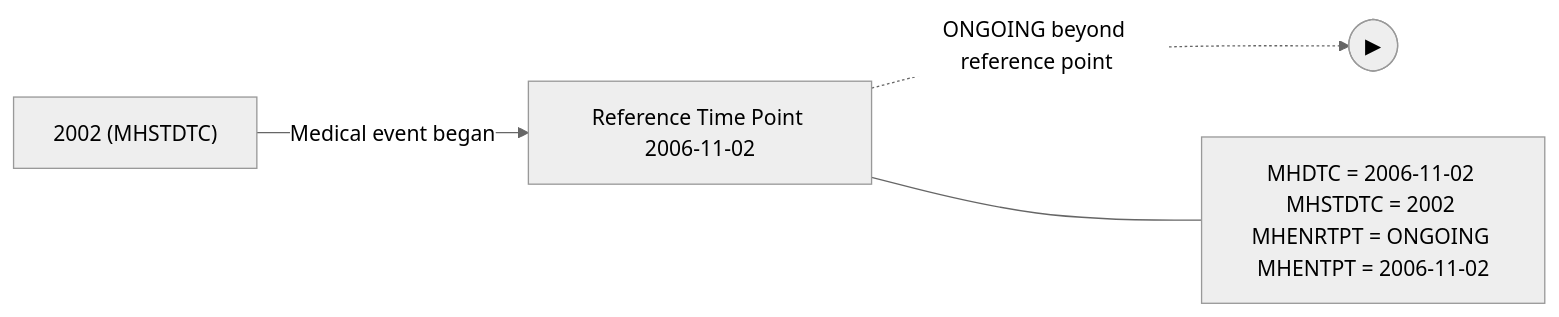
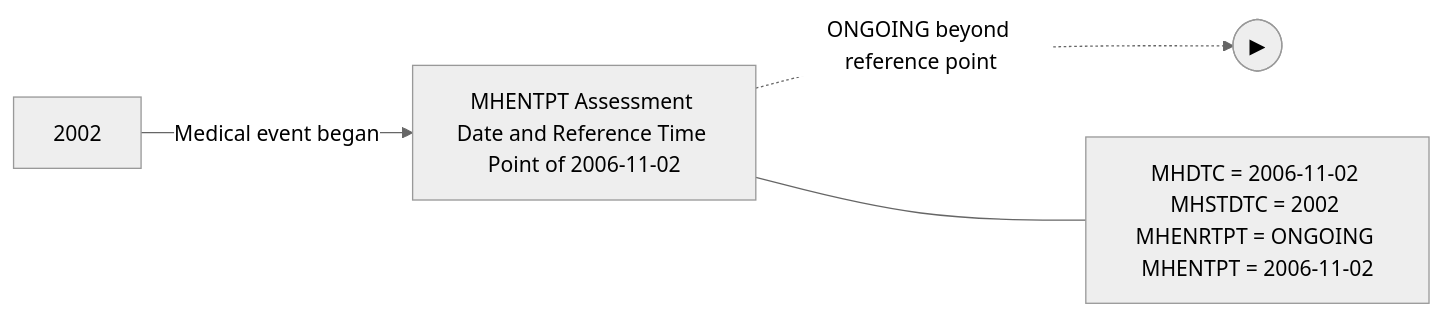
One commit to hakupao/sdtm-pedia changed the second of 4 diagrams in knowledge_base/chapters/ch04_general_assumptions.md. Above: the diagram before and after it, drawn with Mermaid (neutral theme). The commit also changed other lines of this file and 12 other files, not shown here.

First line of the commit message:
fix(kb): Tier B scan batch S-CH4 — ch04 full scan p22-59 (KB-made labels/columns/headers removed, figure titles + Mermaid per PDF, list levels, O19 appendix dedup; 23 C3 tables cell-checked) vs SDTMIG v3.4 (PASS; local)

````diff
--- a/knowledge_base/chapters/ch04_general_assumptions.md
+++ b/knowledge_base/chapters/ch04_general_assumptions.md
@@ -986,10 +1005,10 @@
 ```mermaid
 graph LR
-    REF["Reference Time Point 2006-11-02"]
-    YEAR["2002 (MHSTDTC)"]
+    REF["MHENTPT Assessment Date and Reference Time Point of 2006-11-02"]
+    YEAR["2002"]
     CTP["MHDTC = 2006-11-02 MHSTDTC = 2002 MHENRTPT = ONGOING MHENTPT = 2006-11-02"]
 
     YEAR -->|"Medical event began"| REF
     REF -.->|"ONGOING beyond reference point"| AFTER(["▶"])
     REF --- CTP
 ```
````
